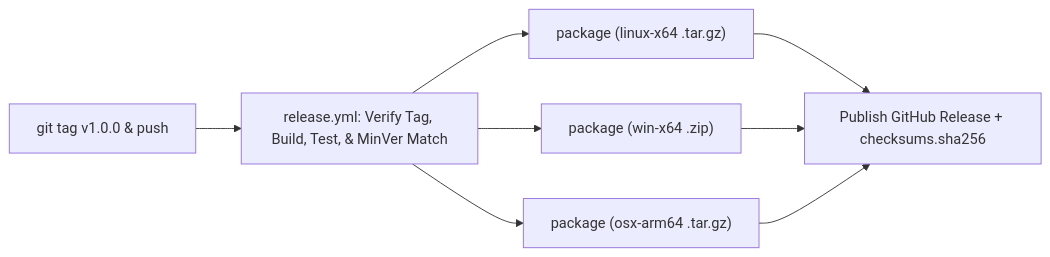
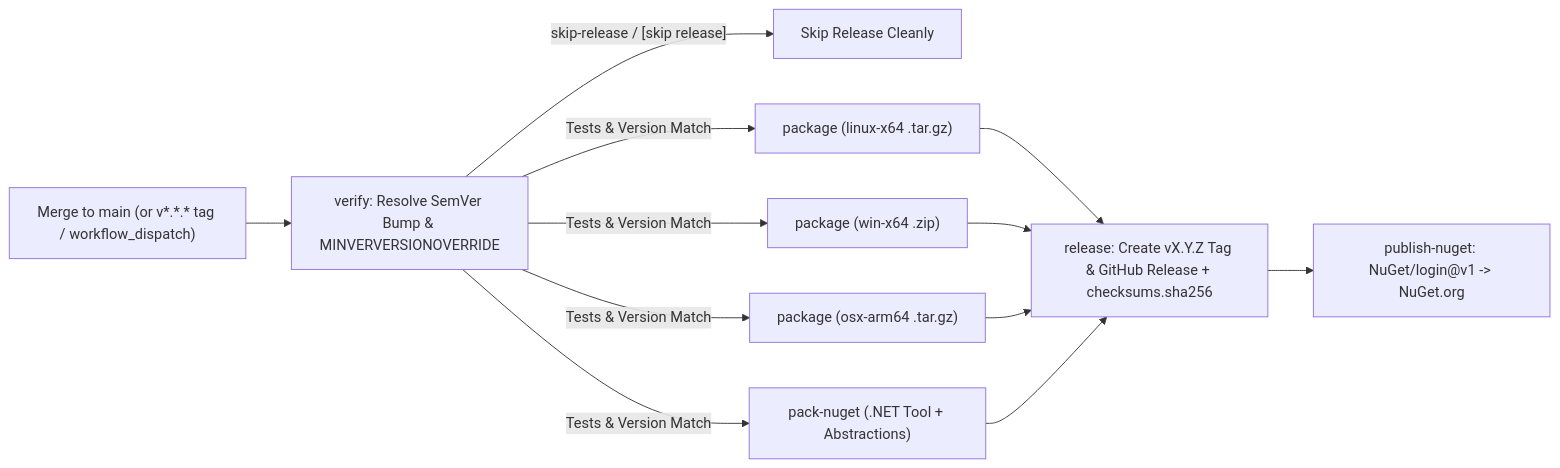
Before and after one commit to trodent83/documentation-exporter: the fifth of 5 diagrams in docs/developer/scripts-and-automation.md, drawn with Mermaid. The commit also changed other lines of this file and 5 other files, not shown here.

Commit message:
feat: add release workflow, pull request template, and developer onboarding documentation

````diff
--- a/docs/developer/scripts-and-automation.md
+++ b/docs/developer/scripts-and-automation.md
@@ -211,10 +211,14 @@
 ```mermaid
 flowchart LR
-    Tag["git tag v1.0.0 & push"] --> Verify["release.yml: Verify Tag, Build, Test, & MinVer Match"]
-    Verify --> PkgLinux["package (linux-x64 .tar.gz)"]
-    Verify --> PkgWin["package (win-x64 .zip)"]
-    Verify --> PkgMac["package (osx-arm64 .tar.gz)"]
-    PkgLinux --> Release["Publish GitHub Release + checksums.sha256"]
+    Merge["Merge to main (or v*.*.* tag / workflow_dispatch)"] --> Bump["verify: Resolve SemVer Bump & MINVERVERSIONOVERRIDE"]
+    Bump -->|"skip-release / [skip release]"| Skip["Skip Release Cleanly"]
+    Bump -->|"Tests & Version Match"| PkgLinux["package (linux-x64 .tar.gz)"]
+    Bump -->|"Tests & Version Match"| PkgWin["package (win-x64 .zip)"]
+    Bump -->|"Tests & Version Match"| PkgMac["package (osx-arm64 .tar.gz)"]
+    Bump -->|"Tests & Version Match"| PackNuget["pack-nuget (.NET Tool + Abstractions)"]
+    PkgLinux --> Release["release: Create vX.Y.Z Tag & GitHub Release + checksums.sha256"]
     PkgWin --> Release
     PkgMac --> Release
+    PackNuget --> Release
+    Release --> NuGet["publish-nuget: NuGet/login@v1 -> NuGet.org"]
 ```
````
